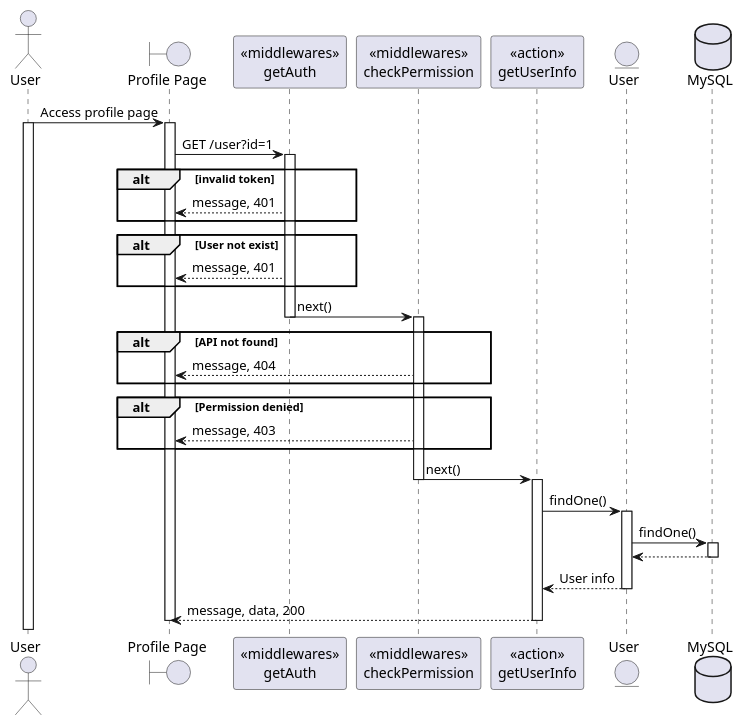
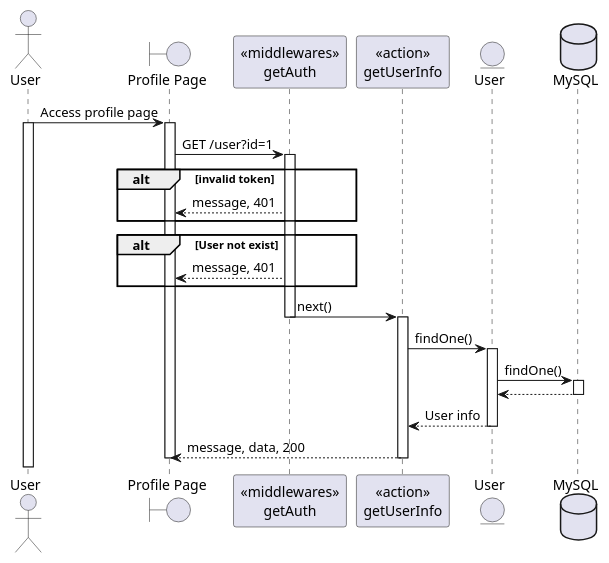
One commit to BunnyButtpowder/TeleLink-Original changed the diagram in SequeceDiagram/user/profile.wsd. Above: the diagram before and after it, drawn with PlantUML. The commit also changed 16 other files, not shown here.

Commit message:
finish almost all sequence diagram

```diff
--- a/SequeceDiagram/user/profile.wsd
+++ b/SequeceDiagram/user/profile.wsd
@@ -1,53 +1,43 @@
 @startuml
 actor User
 boundary "Profile Page" as Client
 participant "<<middlewares>>\ngetAuth" as mid1
-participant "<<middlewares>>\ncheckPermission" as mid2
 participant "<<action>>\ngetUserInfo" as Controller
 entity "User" as Model
 database "MySQL" as DB
 
 User -> Client:Access profile page
 activate User
 activate Client
 Client -> mid1: GET /user?id=1
 activate mid1
 alt invalid token
     mid1 --> Client: message, 401
 end
 alt User not exist
     mid1 --> Client: message, 401
 end
-mid1 -> mid2: next()
+mid1 -> Controller: next()
 deactivate mid1
-activate mid2
-alt API not found
-    mid2 --> Client: message, 404
-end
-alt Permission denied
-    mid2 --> Client: message, 403
-end
-mid2 -> Controller: next()
-deactivate mid2
 activate Controller
 Controller -> Model: findOne()
 activate Model
 Model -> DB: findOne()
 activate DB
 DB --> Model
 deactivate DB
 Model --> Controller: User info
 deactivate Model
 
 Controller --> Client: message, data, 200
 deactivate Controller
 
 
 
 
 
 
 
 deactivate Client
 
 @enduml
```
